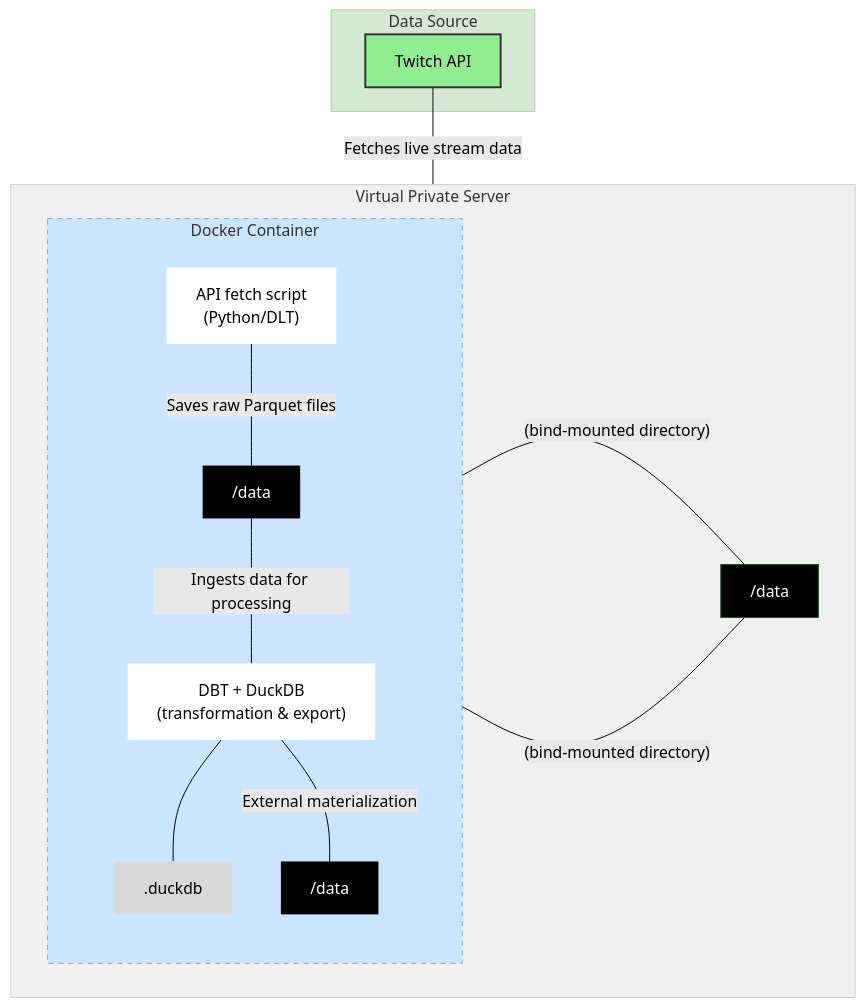
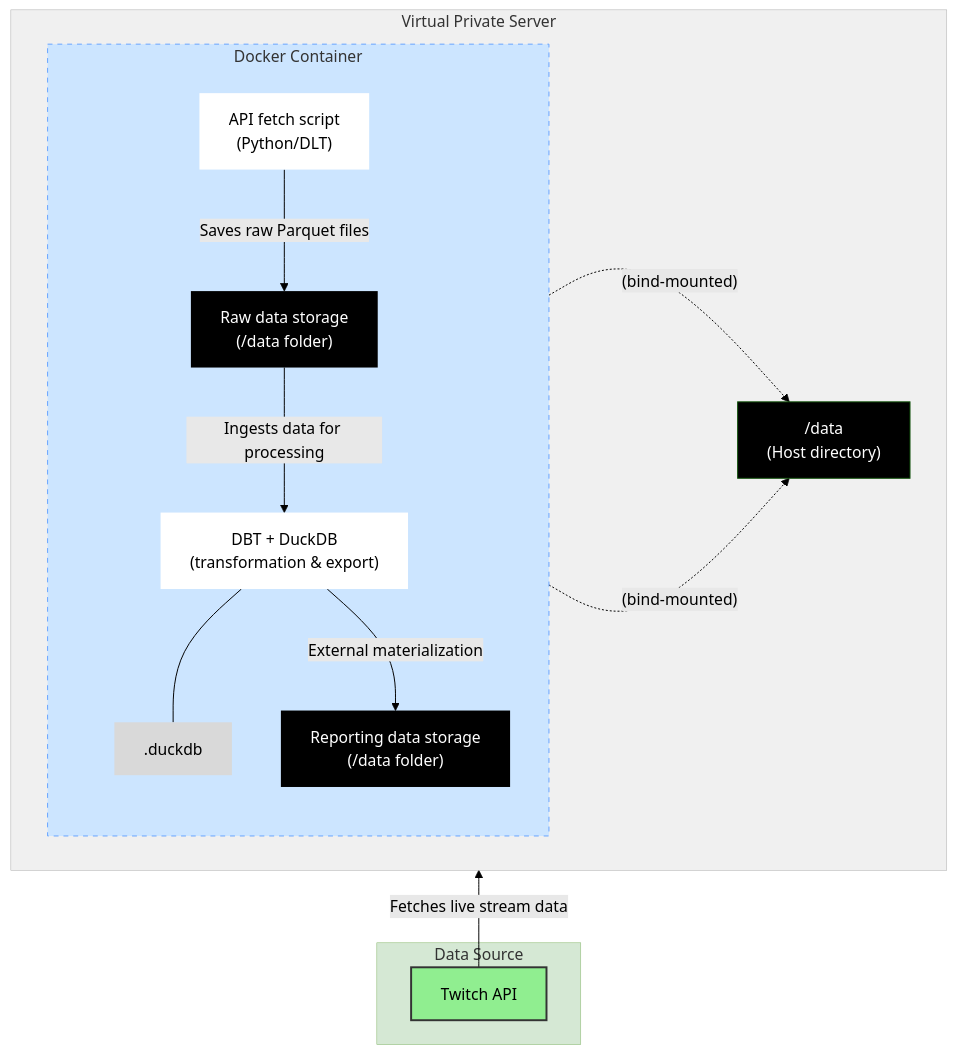
The first of 2 diagrams in README.md (gabriellegall/twitch_bi), drawn with Mermaid (forest theme) before and after one commit. The commit also changed other lines of this file, not shown here.

````diff
--- a/README.md
+++ b/README.md
@@ -8,53 +9,44 @@
 ```mermaid
-graph TD;
+graph BT;
+
+    %% Subgraph Definitions
+    subgraph DS ["Data Source"]
+        A[Twitch API]
+    end
 
     subgraph VPS [Virtual Private Server]
-		n2
         direction LR
         subgraph DockerContainer [Docker Container]
-			n3
-			n1
             direction TB
+            n3[".duckdb"]
+            n1["Reporting data storage<br>(/data folder)"]
             D["DBT + DuckDB<br>(transformation & export)"]
             C["Raw data storage<br>(/data folder)"]
             B["API fetch script<br>(Python/DLT)"]
         end
+        n2["/data<br>(Host directory)"]
     end
 
-    subgraph DS ["Data Source"]
-        A[Twitch API]
-    end
+    %% Data Flow
+    A -- "Fetches live stream data" --> B
+    B -- "Saves raw Parquet files" --> C
+    C -- "Ingests data for processing" --> D
+    D -- "External materialization" --> n1
+    D --- n3
 
-    D
-    C -- Ingests data for processing --- D
-    B -- Saves raw Parquet files --- C
-    A -- Fetches live stream data --- B
+    %% Bind mount representation (using dotted lines)
+    C -. "(bind-mounted)" .-> n2
+    n1 -. "(bind-mounted)" .-> n2
 
-    %% Styling for Nodes
+    %% Styling
     style A fill:#90ee90,stroke:#333,stroke-width:2px
-
-	style VPS fill:#f0f0f0,stroke:#aaa,stroke-width:0.5px
-	style DS fill:#D5E8D4,stroke:#82B366,stroke-width:0.5px
-	style B fill:#FFFFFF,stroke-width:0px
-	style D fill:#FFFFFF,stroke-width:0px
-	style DockerContainer fill:#cce5ff,stroke:#66a3ff,stroke-width:1px,stroke-dasharray:5 5
-	D
-	D ---|"External materialization"| n1["Reporting data storage<br>(/data folder)"]
-	C
-	n1
-	n1
-	C
-	n1
-	n1
-	C
-	C["/data"] ---|"(bind-mounted directory)"| n2
-	n1["/data"] ---|"(bind-mounted directory)"| n2["/data"]
-	style n1 color:#FFFFFF,stroke-width:0px,fill:#000000
-	style C color:#FFFFFF,fill:#000000,stroke-width:0px
-	style n2 fill:#000000,color:#FFFFFF
-	linkStyle 5 stroke:#000000
-	linkStyle 4 stroke:#000000
-	D
-	D --- n3[".duckdb"]
-	style n3 color:#000000,fill:#D9D9D9,stroke-width:0px,stroke:#000000
+    style VPS fill:#f0f0f0,stroke:#aaa,stroke-width:0.5px
+    style DS fill:#D5E8D4,stroke:#82B366,stroke-width:0.5px
+    style B fill:#FFFFFF,stroke-width:0px
+    style D fill:#FFFFFF,stroke-width:0px
+    style DockerContainer fill:#cce5ff,stroke:#66a3ff,stroke-width:1px,stroke-dasharray:5 5
+    style n1 color:#FFFFFF,stroke-width:0px,fill:#000000
+    style C color:#FFFFFF,fill:#000000,stroke-width:0px
+    style n2 fill:#000000,color:#FFFFFF
+    style n3 color:#000000,fill:#D9D9D9,stroke-width:0px,stroke:#000000
 ```
````
